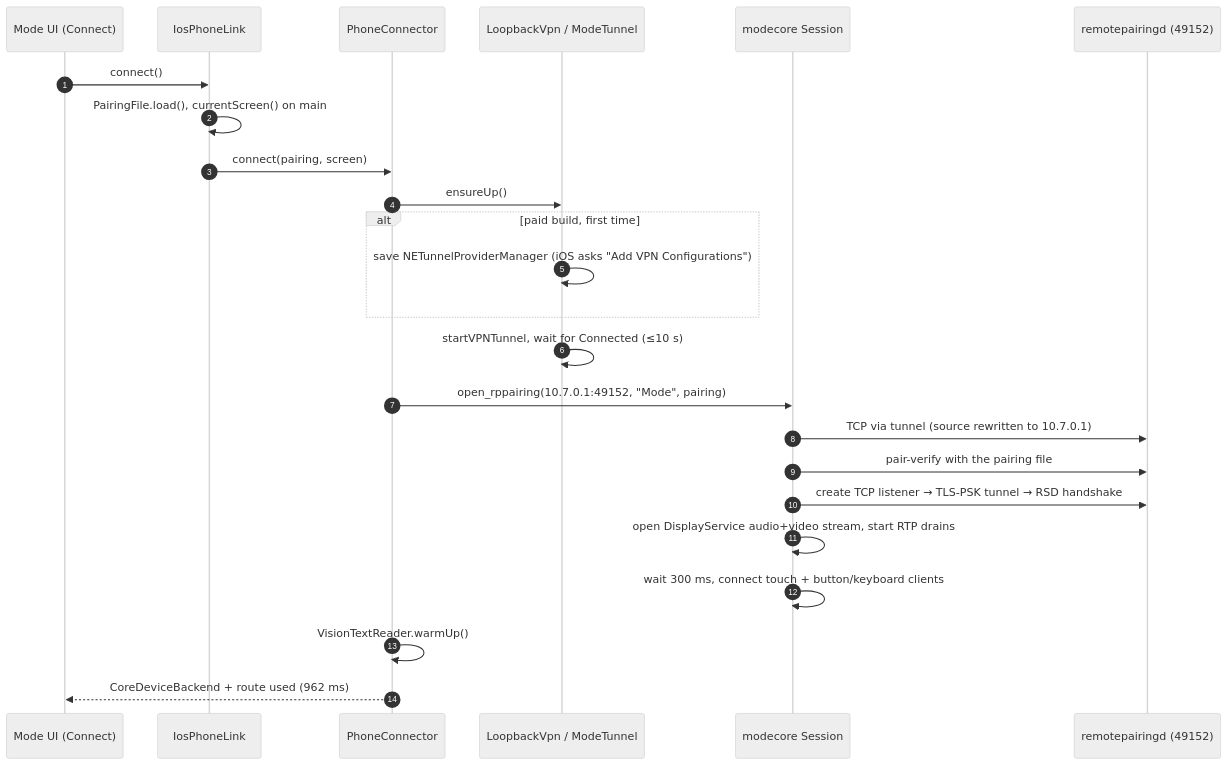
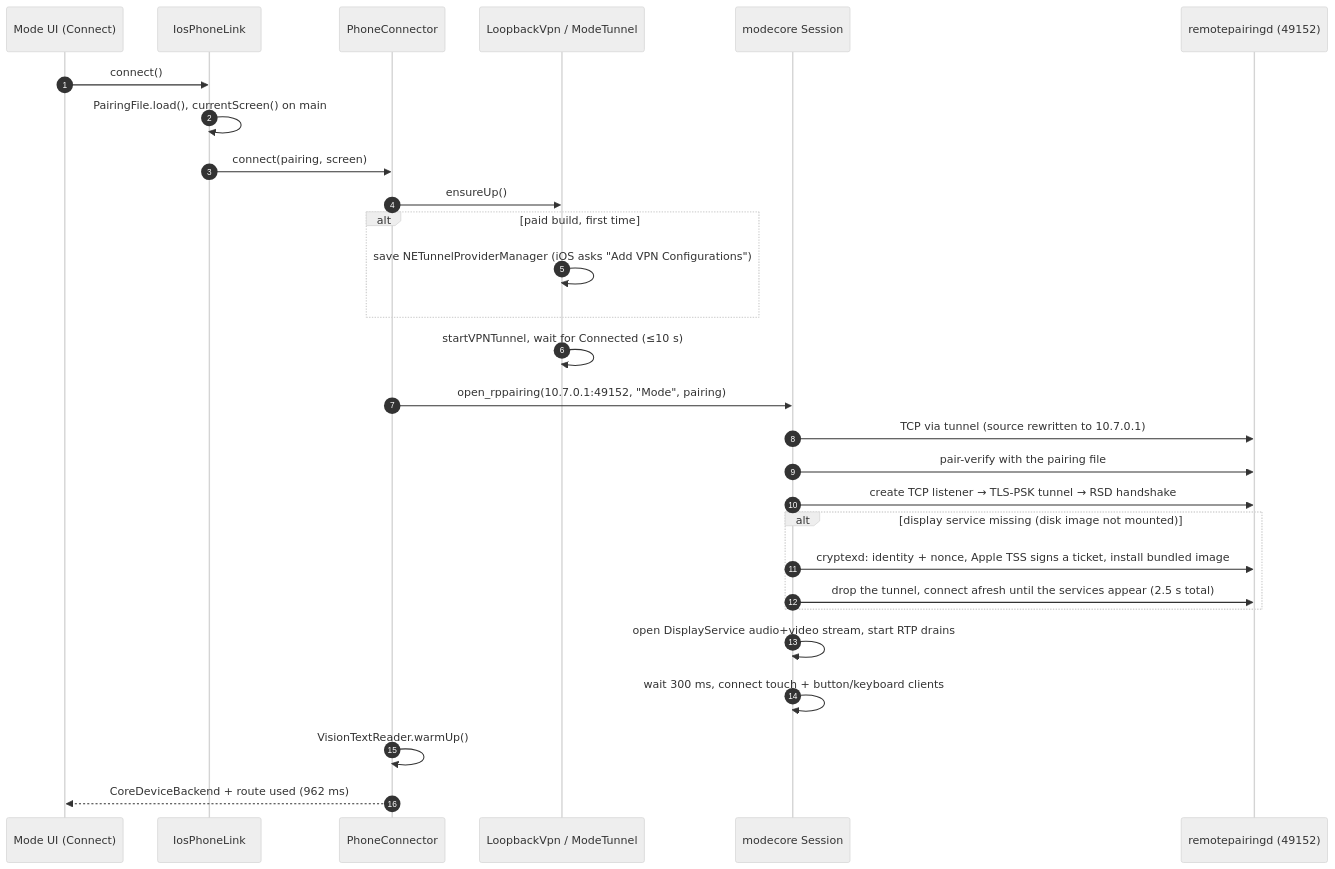
One commit to Piyusinha/mode changed the second of 9 diagrams in docs/flows.md. Above: the diagram before and after it, drawn with Mermaid (neutral theme). The commit also changed 5 other files, not shown here.

````diff
--- a/docs/flows.md
+++ b/docs/flows.md
@@ -30,26 +30,30 @@
 ```mermaid
 sequenceDiagram
     autonumber
     participant UI as Mode UI (Connect)
     participant PL as IosPhoneLink
     participant Conn as PhoneConnector
     participant VPN as LoopbackVpn / ModeTunnel
     participant MC as modecore Session
     participant RPD as remotepairingd (49152)
     UI->>PL: connect()
     PL->>PL: PairingFile.load(), currentScreen() on main
     PL->>Conn: connect(pairing, screen)
     Conn->>VPN: ensureUp()
     alt paid build, first time
         VPN->>VPN: save NETunnelProviderManager (iOS asks "Add VPN Configurations")
     end
     VPN->>VPN: startVPNTunnel, wait for Connected (≤10 s)
     Conn->>MC: open_rppairing(10.7.0.1:49152, "Mode", pairing)
     MC->>RPD: TCP via tunnel (source rewritten to 10.7.0.1)
     MC->>RPD: pair-verify with the pairing file
     MC->>RPD: create TCP listener → TLS-PSK tunnel → RSD handshake
+    alt display service missing (disk image not mounted)
+        MC->>RPD: cryptexd: identity + nonce, Apple TSS signs a ticket, install bundled image
+        MC->>RPD: drop the tunnel, connect afresh until the services appear (2.5 s total)
+    end
     MC->>MC: open DisplayService audio+video stream, start RTP drains
     MC->>MC: wait 300 ms, connect touch + button/keyboard clients
     Conn->>Conn: VisionTextReader.warmUp()
     Conn-->>UI: CoreDeviceBackend + route used (962 ms)
 ```
````
